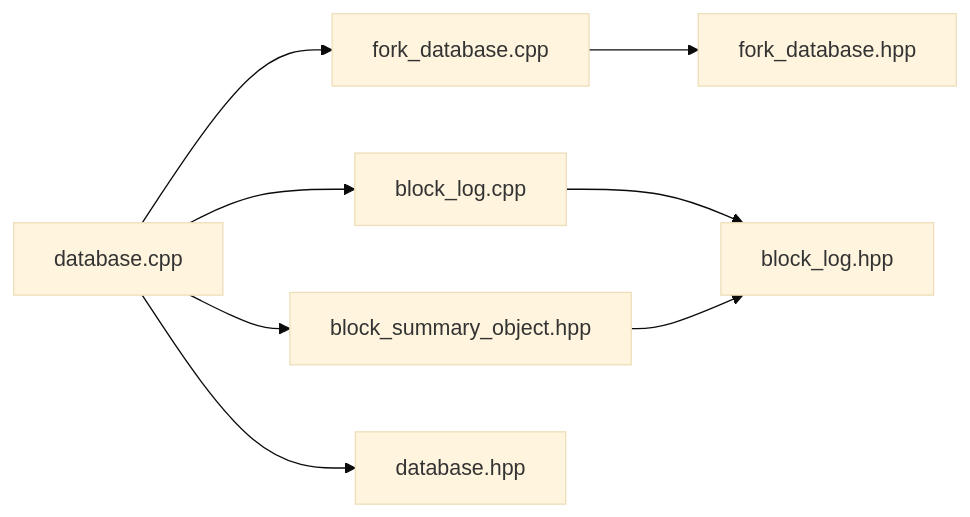
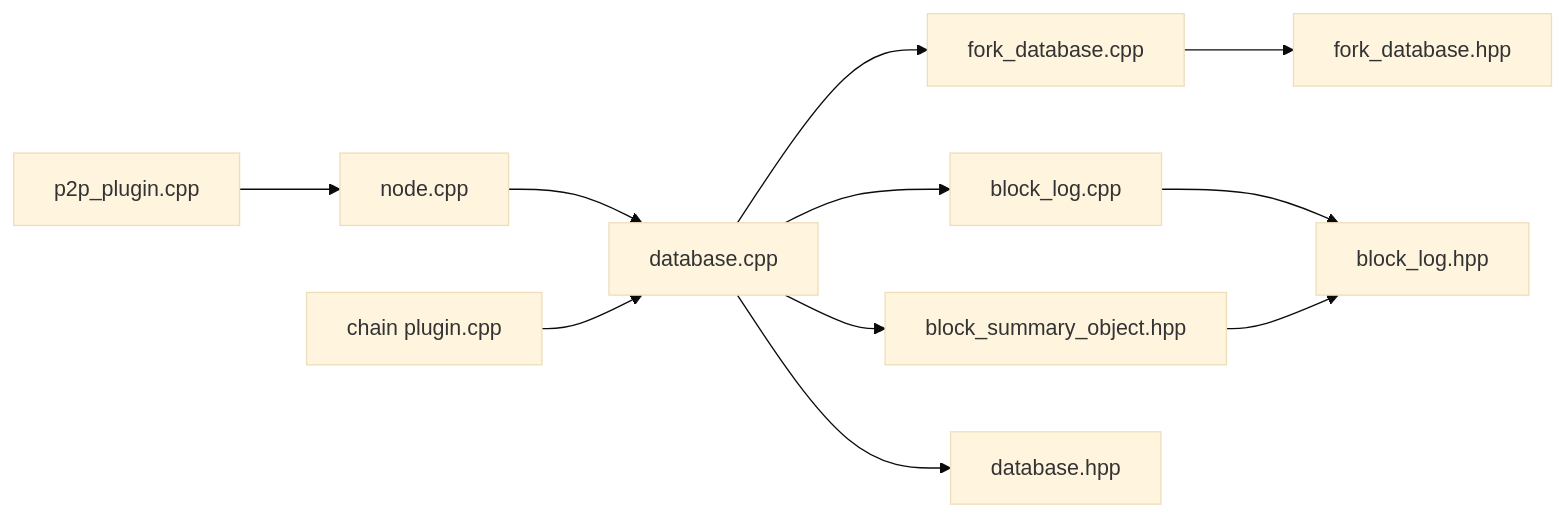
Diagram 11 of 11 in .qoder/repowiki/en/content/Architecture Overview/Core Libraries/Chain Library/Block Processing and Validation.md (VIZ-Blockchain/viz-cpp-node), drawn with Mermaid (base theme) before and after one commit. The commit also changed other lines of this file and 4 other files, not shown here.

````diff
--- a/.qoder/repowiki/en/content/Architecture Overview/Core Libraries/Chain Library/Block Processing and Validation.md
+++ b/.qoder/repowiki/en/content/Architecture Overview/Core Libraries/Chain Library/Block Processing and Validation.md
@@ -388,10 +482,13 @@
 ```mermaid
 graph LR
 DB["database.cpp"] --> FD["fork_database.cpp"]
 DB --> BL["block_log.cpp"]
 DB --> BS["block_summary_object.hpp"]
 DB --> DH["database.hpp"]
 FD --> FH["fork_database.hpp"]
 BL --> BH["block_log.hpp"]
 BS --> BH
+NET["node.cpp"] --> DB
+P2P["p2p_plugin.cpp"] --> NET
+CHAIN["chain plugin.cpp"] --> DB
 ```
````
